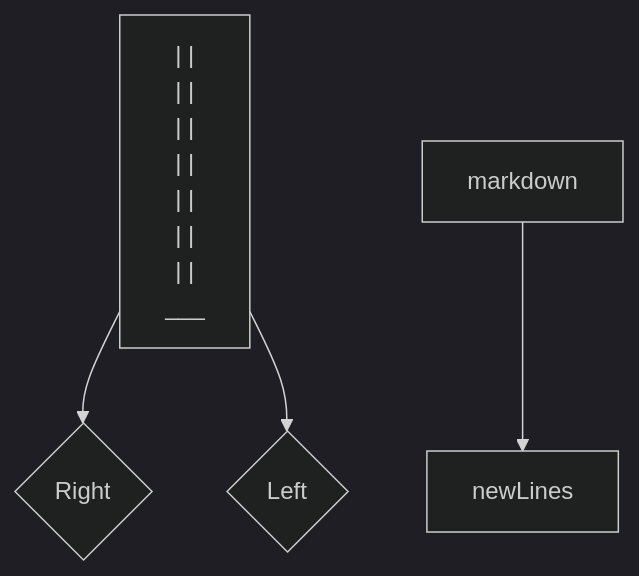
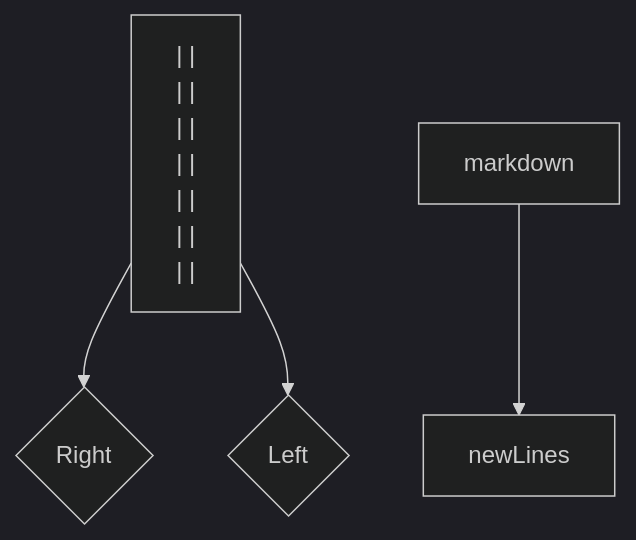
One commit to thiago-o-dev/pedrolibrais_1 changed the diagram in README.md. Above: the diagram before and after it, drawn with Mermaid (dark theme).

Commit message:
fix flowchart do seu projeto[

````diff
--- a/README.md
+++ b/README.md
@@ -3,15 +3,14 @@
 ```mermaid
 flowchart TD
 
-A["
+A["| |
 | |
 | |
 | |
 | |
 | |
-| |
-| |
-___"] --> B{Right}
+| |"] --> B{Right}
 A --> C{Left}
+
 markdown --> newLines
 ```
````
